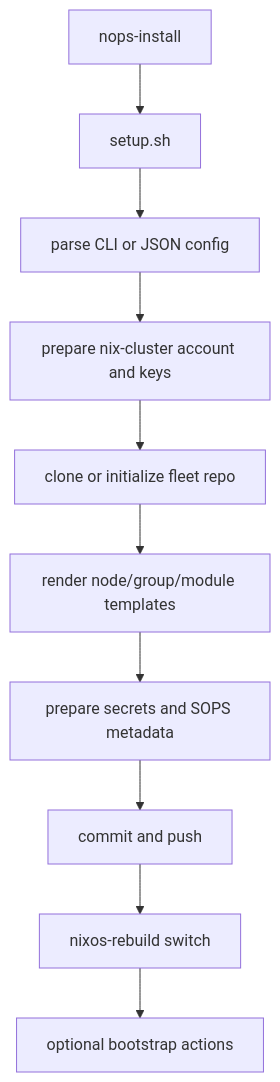
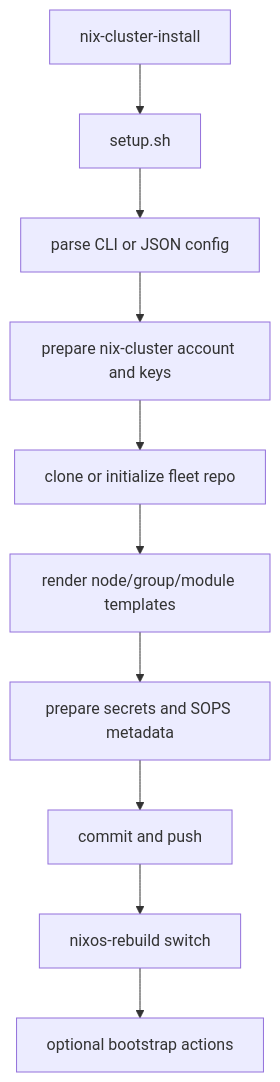
One commit to MossTeK/nix-cluster changed the ninth of 9 diagrams in docs/wiki/Architecture-and-Data-Flow.md. Above: the diagram before and after it, drawn with Mermaid. The commit also changed other lines of this file and 32 other files, not shown here.

Commit message:
chore: update nix-cluster

````diff
--- a/docs/wiki/Architecture-and-Data-Flow.md
+++ b/docs/wiki/Architecture-and-Data-Flow.md
@@ -297,12 +297,12 @@
 ```mermaid
 flowchart TD
-    A["nops-install"] --> B["setup.sh"]
+    A["nix-cluster-install"] --> B["setup.sh"]
     B --> C["parse CLI or JSON config"]
     C --> D["prepare nix-cluster account and keys"]
     D --> E["clone or initialize fleet repo"]
     E --> F["render node/group/module templates"]
     F --> G["prepare secrets and SOPS metadata"]
     G --> H["commit and push"]
     H --> I["nixos-rebuild switch"]
     I --> J["optional bootstrap actions"]
 ```
````
